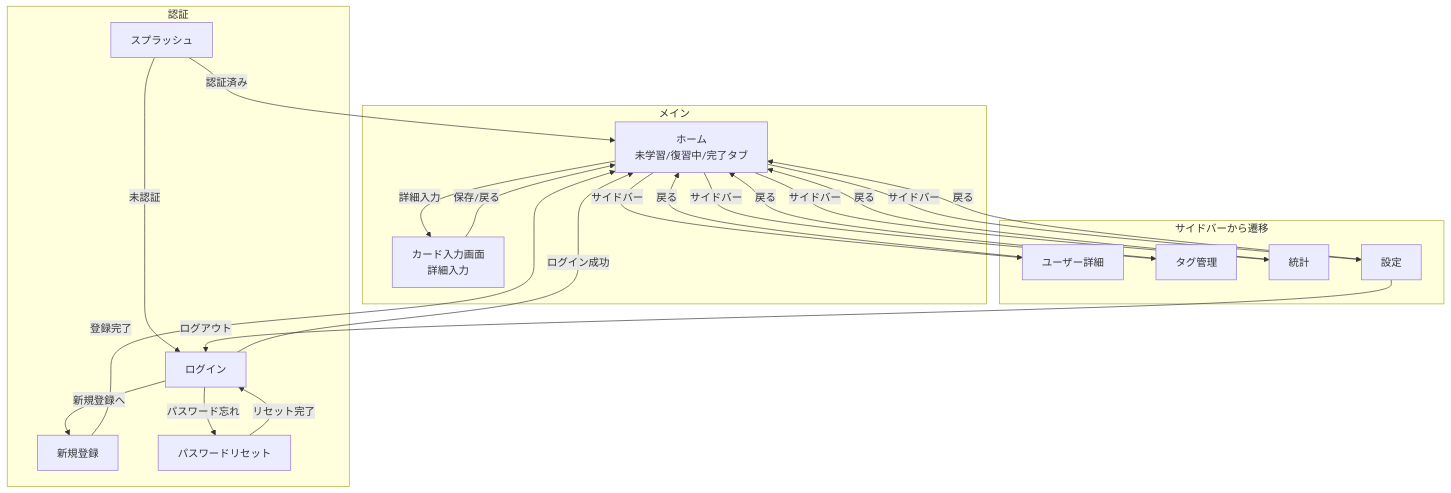
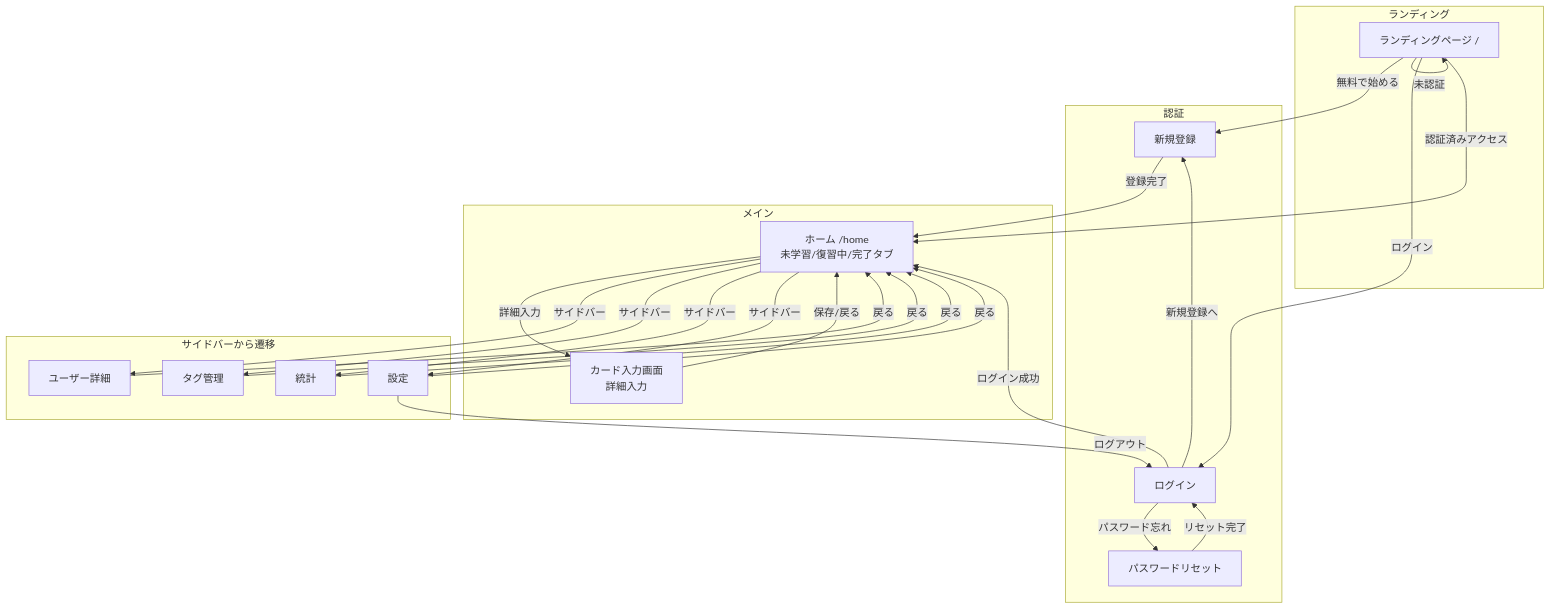
Before and after one commit to shinji-hayamizu/ReSave: the first of 5 diagrams in docs/screens/flow.md, drawn with Mermaid. The commit also changed other lines of this file and 23 other files, not shown here.

First line of the commit message:
feat: add landing page at / and move dashboard to /home

````diff
--- a/docs/screens/flow.md
+++ b/docs/screens/flow.md
@@ -18,53 +18,58 @@
 ```mermaid
 flowchart TD
+    subgraph Landing[ランディング]
+        LP[ランディングページ /]
+    end
+
     subgraph Auth[認証]
-        Splash[スプラッシュ]
         Login[ログイン]
         Register[新規登録]
         PasswordReset[パスワードリセット]
     end
 
     subgraph Main[メイン]
-        Home[ホーム<br/>未学習/復習中/完了タブ]
+        Home[ホーム /home<br/>未学習/復習中/完了タブ]
         CardInput[カード入力画面<br/>詳細入力]
     end
 
     subgraph Sidebar[サイドバーから遷移]
         UserProfile[ユーザー詳細]
         TagManage[タグ管理]
         Statistics[統計]
         Settings[設定]
     end
 
     %% ========================================
     %% 認証フロー
     %% ========================================
-    Splash -->|認証済み| Home
-    Splash -->|未認証| Login
+    LP -->|未認証| LP
+    LP -->|無料で始める| Register
+    LP -->|ログイン| Login
+    LP -->|認証済みアクセス| Home
     Login -->|新規登録へ| Register
     Login -->|パスワード忘れ| PasswordReset
     Login -->|ログイン成功| Home
     Register -->|登録完了| Home
     PasswordReset -->|リセット完了| Login
 
     %% ========================================
     %% カード入力フロー
     %% ========================================
     Home -->|詳細入力| CardInput
     CardInput -->|保存/戻る| Home
 
     %% ========================================
     %% サイドバーナビゲーション
     %% ========================================
     Home -->|サイドバー| UserProfile
     Home -->|サイドバー| TagManage
     Home -->|サイドバー| Statistics
     Home -->|サイドバー| Settings
 
     UserProfile -->|戻る| Home
     TagManage -->|戻る| Home
     Statistics -->|戻る| Home
     Settings -->|戻る| Home
 
     Settings -->|ログアウト| Login
 ```
````
